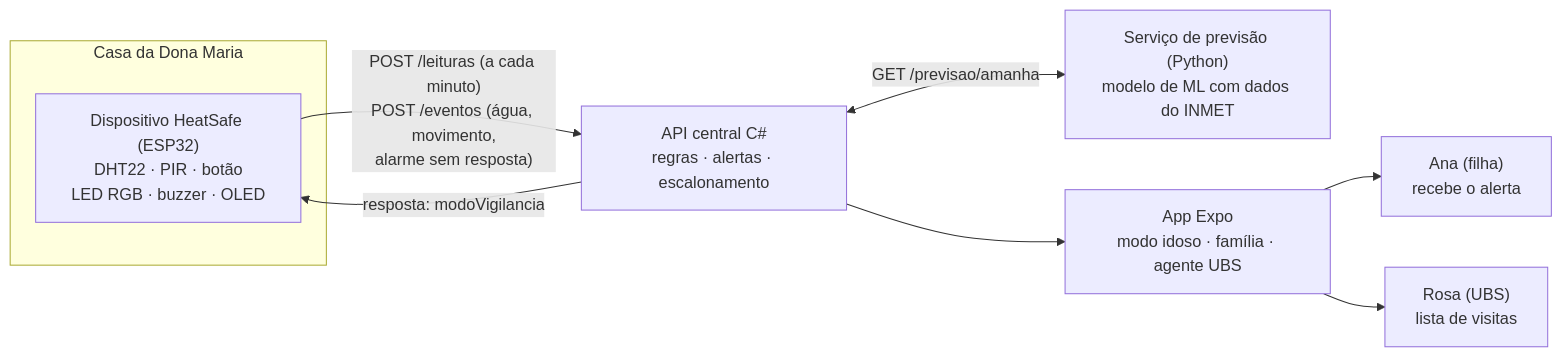
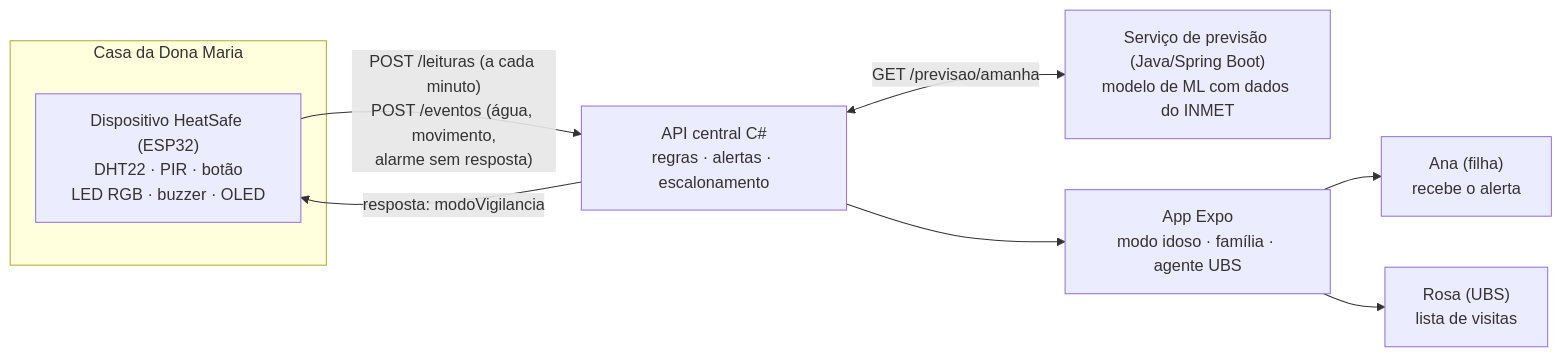
Before and after one commit to 3ESPG/2GS_IoT_IoB: the first of 2 diagrams in README.md, drawn with Mermaid. The commit also changed other lines of this file, not shown here.

Commit message:
docs: adiciona Ficha da CitizenTech e ODS ao README (regra da GS) e corrige o serviço de previsão (Java)

````diff
--- a/README.md
+++ b/README.md
@@ -85,12 +98,12 @@
 ```mermaid
 flowchart LR
     subgraph CASA["Casa da Dona Maria"]
         D["Dispositivo HeatSafe (ESP32)<br/>DHT22 · PIR · botão<br/>LED RGB · buzzer · OLED"]
     end
     D -- "POST /leituras (a cada minuto)<br/>POST /eventos (água, movimento,<br/>alarme sem resposta)" --> API["API central C#<br/>regras · alertas · escalonamento"]
     API -- "resposta: modoVigilancia" --> D
-    API <-- "GET /previsao/amanha" --> ML["Serviço de previsão (Python)<br/>modelo de ML com dados do INMET"]
+    API <-- "GET /previsao/amanha" --> ML["Serviço de previsão (Java/Spring Boot)<br/>modelo de ML com dados do INMET"]
     API --> APP["App Expo<br/>modo idoso · família · agente UBS"]
     APP --> ANA["Ana (filha)<br/>recebe o alerta"]
     APP --> ROSA["Rosa (UBS)<br/>lista de visitas"]
 ```
````
